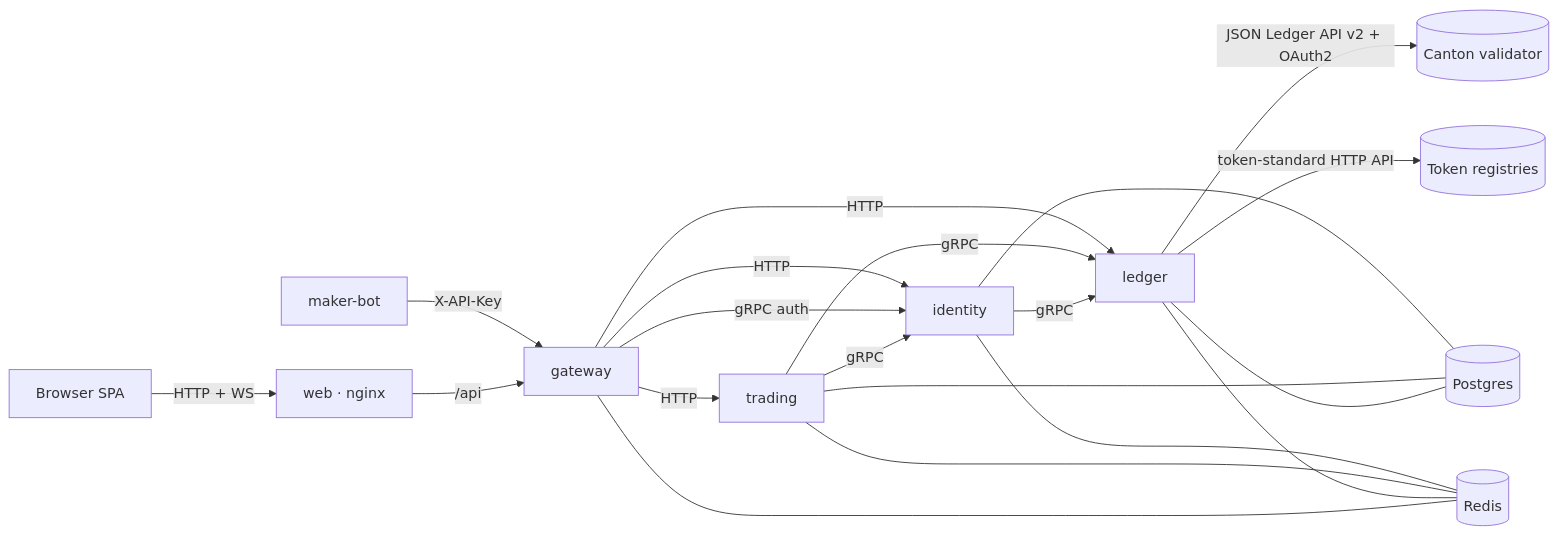
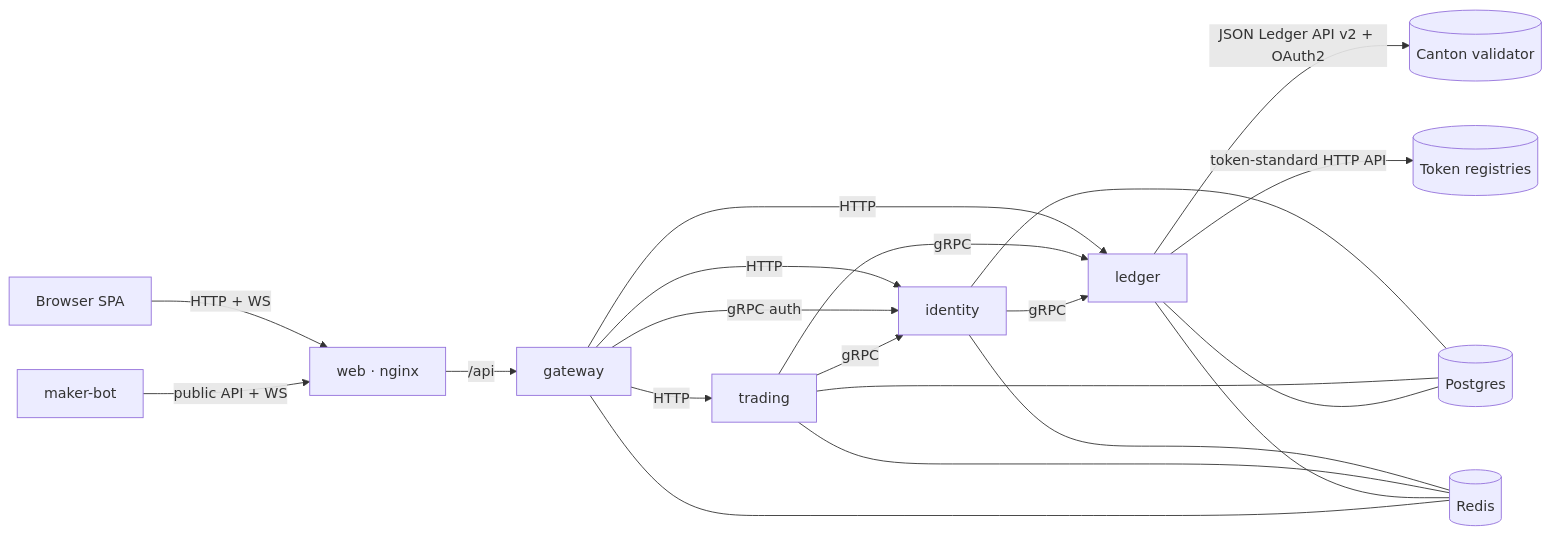
The diagram in README.md (vbloher/canton-private-otc-desk), drawn with Mermaid before and after one commit. The commit also changed other lines of this file and 29 other files, not shown here.

Commit message:
Run the maker bot as its own app in CI and deploy

````diff
--- a/README.md
+++ b/README.md
@@ -39,22 +40,22 @@
 ```mermaid
 graph LR
   B[Browser SPA] -->|HTTP + WS| W[web · nginx]
-  BOT[maker-bot] -->|X-API-Key| G
+  BOT[maker-bot] -->|public API + WS| W
   W -->|/api| G[gateway]
   G -->|HTTP| I[identity]
   G -->|HTTP| T[trading]
   G -->|HTTP| L[ledger]
   G -->|gRPC auth| I
   T -->|gRPC| L
   T -->|gRPC| I
   I -->|gRPC| L
   L -->|JSON Ledger API v2 + OAuth2| C[(Canton validator)]
   L -->|token-standard HTTP API| REG[(Token registries)]
   I --- PG[(Postgres)]
   T --- PG
   L --- PG
   I --- R[(Redis)]
   T --- R
   L --- R
   G --- R
 ```
````
